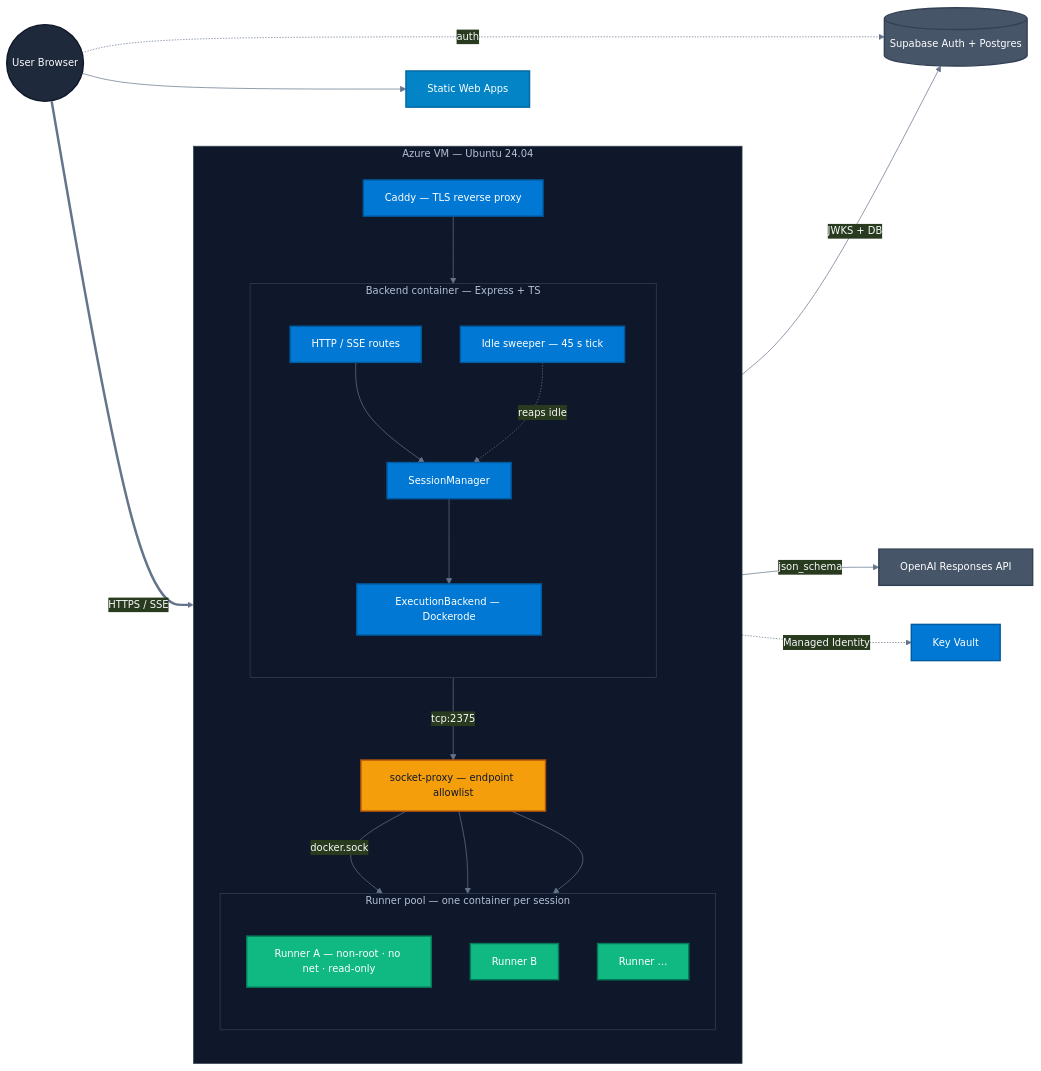
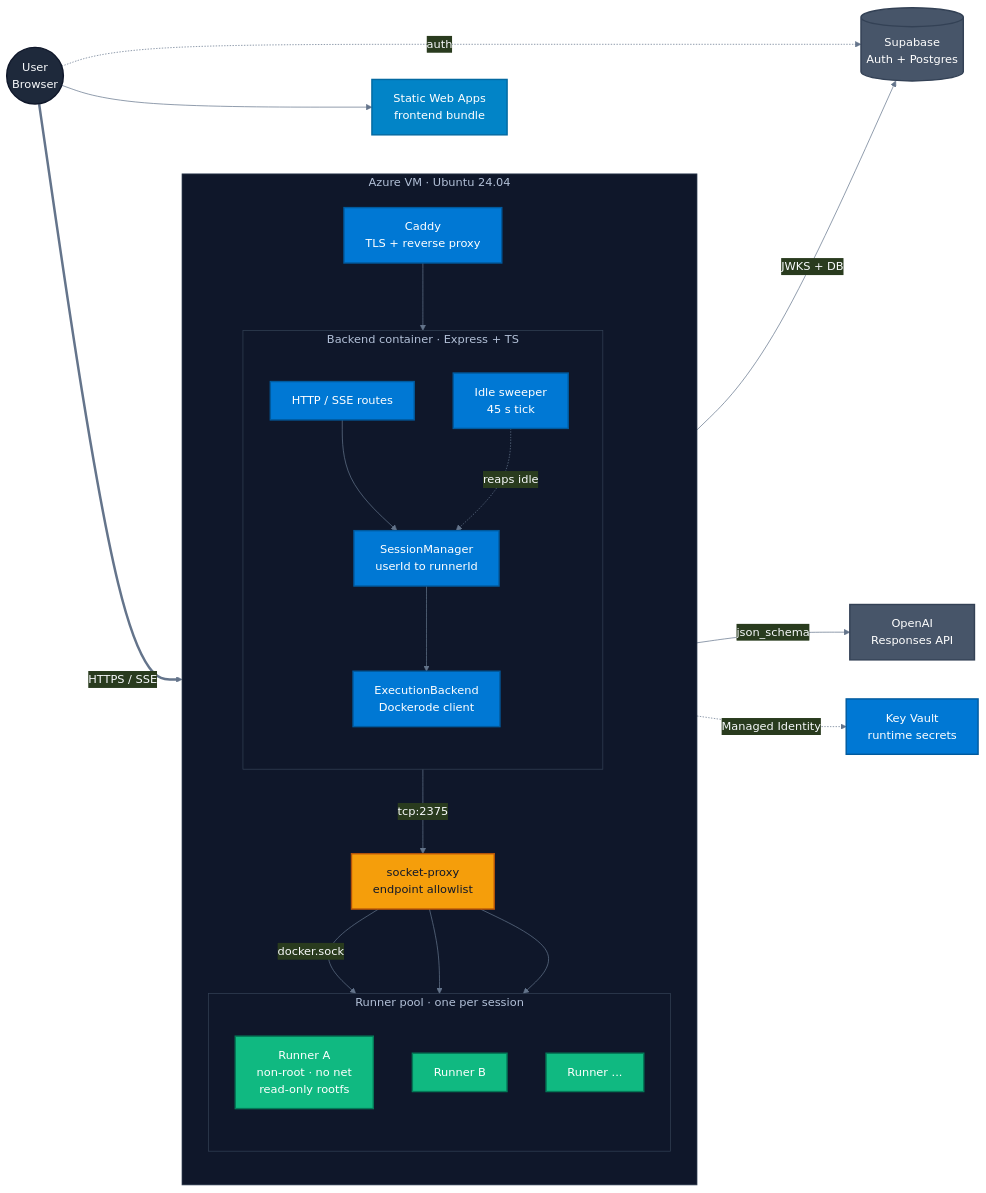
One commit to msrivas-7/CodeTutor-AI changed the first of 2 diagrams in README.md. Above: the diagram before and after it, drawn with Mermaid.

Commit message:
docs: fix diagram text clipping via htmlLabels + default font

````diff
--- a/README.md
+++ b/README.md
@@ -99,74 +99,77 @@
 ```mermaid
 %%{init: {
   'theme': 'base',
   'themeVariables': {
-    'fontFamily': '-apple-system, BlinkMacSystemFont, Segoe UI, sans-serif',
-    'fontSize': '14px',
     'primaryColor': '#1e293b',
     'primaryTextColor': '#f8fafc',
     'primaryBorderColor': '#334155',
     'lineColor': '#64748b',
     'clusterBkg': '#0f172a',
     'clusterBorder': '#334155'
   },
-  'flowchart': { 'curve': 'basis', 'nodeSpacing': 55, 'rankSpacing': 70 }
+  'flowchart': {
+    'curve': 'basis',
+    'htmlLabels': true,
+    'nodeSpacing': 55,
+    'rankSpacing': 70
+  }
 }}%%
 flowchart LR
-    U((User Browser))
-    SWA[Static Web Apps]
-    SB[(Supabase Auth + Postgres)]
-    AI[OpenAI Responses API]
-    KV[Key Vault]
+    U((User<br/>Browser))
+    SWA[Static Web Apps<br/>frontend bundle]
+    SB[(Supabase<br/>Auth + Postgres)]
+    AI[OpenAI<br/>Responses API]
+    KV[Key Vault<br/>runtime secrets]
 
-    subgraph VM[Azure VM — Ubuntu 24.04]
+    subgraph VM[Azure VM · Ubuntu 24.04]
         direction TB
-        CD[Caddy — TLS reverse proxy]
+        CD[Caddy<br/>TLS + reverse proxy]
 
-        subgraph BECTR[Backend container — Express + TS]
+        subgraph BECTR[Backend container · Express + TS]
             direction TB
             API[HTTP / SSE routes]
-            SM[SessionManager]
-            EB[ExecutionBackend — Dockerode]
-            SW[Idle sweeper — 45 s tick]
+            SM[SessionManager<br/>userId to runnerId]
+            EB[ExecutionBackend<br/>Dockerode client]
+            SW[Idle sweeper<br/>45 s tick]
             API --> SM
             SM --> EB
             SW -. reaps idle .-> SM
         end
 
-        SP[socket-proxy — endpoint allowlist]
+        SP[socket-proxy<br/>endpoint allowlist]
 
-        subgraph POOL[Runner pool — one container per session]
+        subgraph POOL[Runner pool · one per session]
             direction TB
-            R1[Runner A — non-root · no net · read-only]
+            R1[Runner A<br/>non-root · no net<br/>read-only rootfs]
             R2[Runner B]
-            R3[Runner …]
+            R3[Runner ...]
         end
 
         CD --> API
         EB -->|tcp:2375| SP
         SP -->|docker.sock| R1
         SP --> R2
         SP --> R3
     end
 
     U --> SWA
     U ==>|HTTPS / SSE| CD
     U -.->|auth| SB
     BECTR -->|JWKS + DB| SB
     BECTR -->|json_schema| AI
     BECTR -. Managed Identity .-> KV
 
     classDef user fill:#1e293b,stroke:#0f172a,color:#f8fafc,stroke-width:2px
     classDef edge fill:#0284c7,stroke:#0369a1,color:#fff,stroke-width:2px
     classDef svc fill:#0078d4,stroke:#005a9e,color:#fff,stroke-width:2px
     classDef proxy fill:#f59e0b,stroke:#b45309,color:#0f172a,stroke-width:2px
     classDef runner fill:#10b981,stroke:#047857,color:#fff,stroke-width:2px
     classDef external fill:#475569,stroke:#334155,color:#fff,stroke-width:2px
 
     class U user
     class SWA edge
     class CD,API,SM,EB,SW,KV svc
     class SP proxy
     class R1,R2,R3 runner
     class SB,AI external
 ```
````
